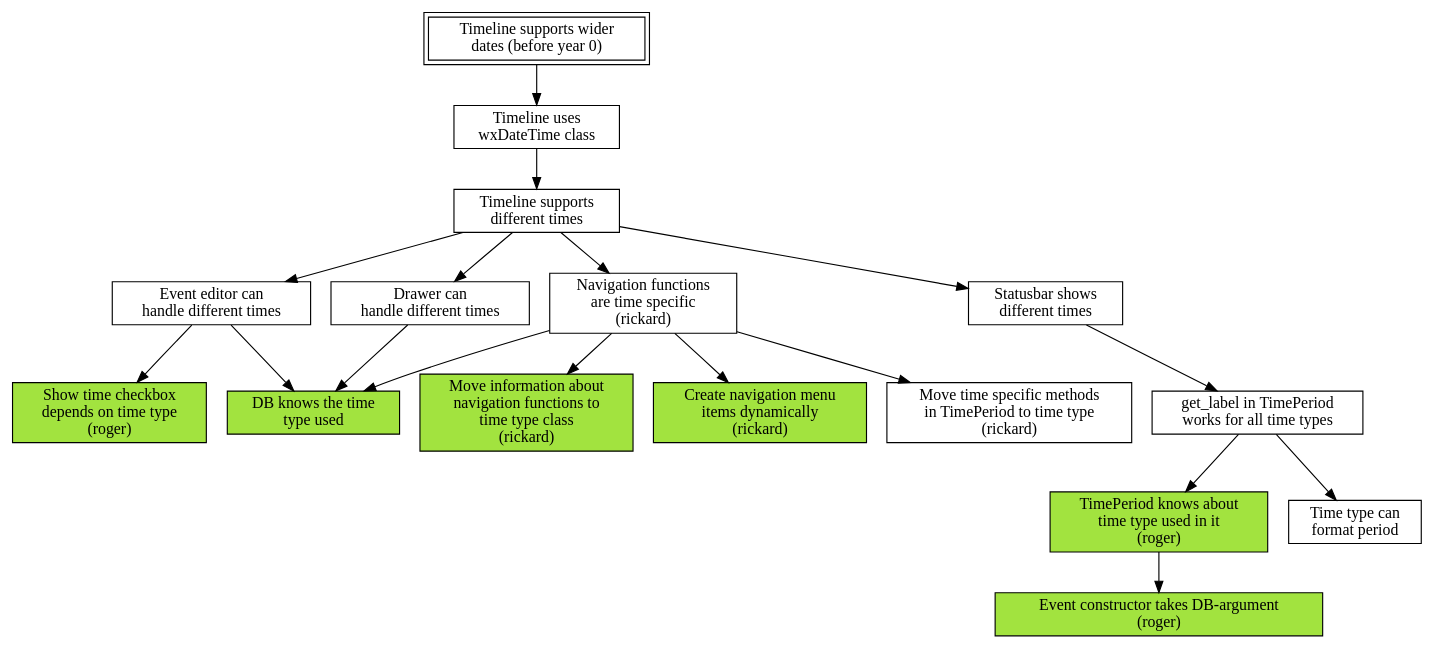
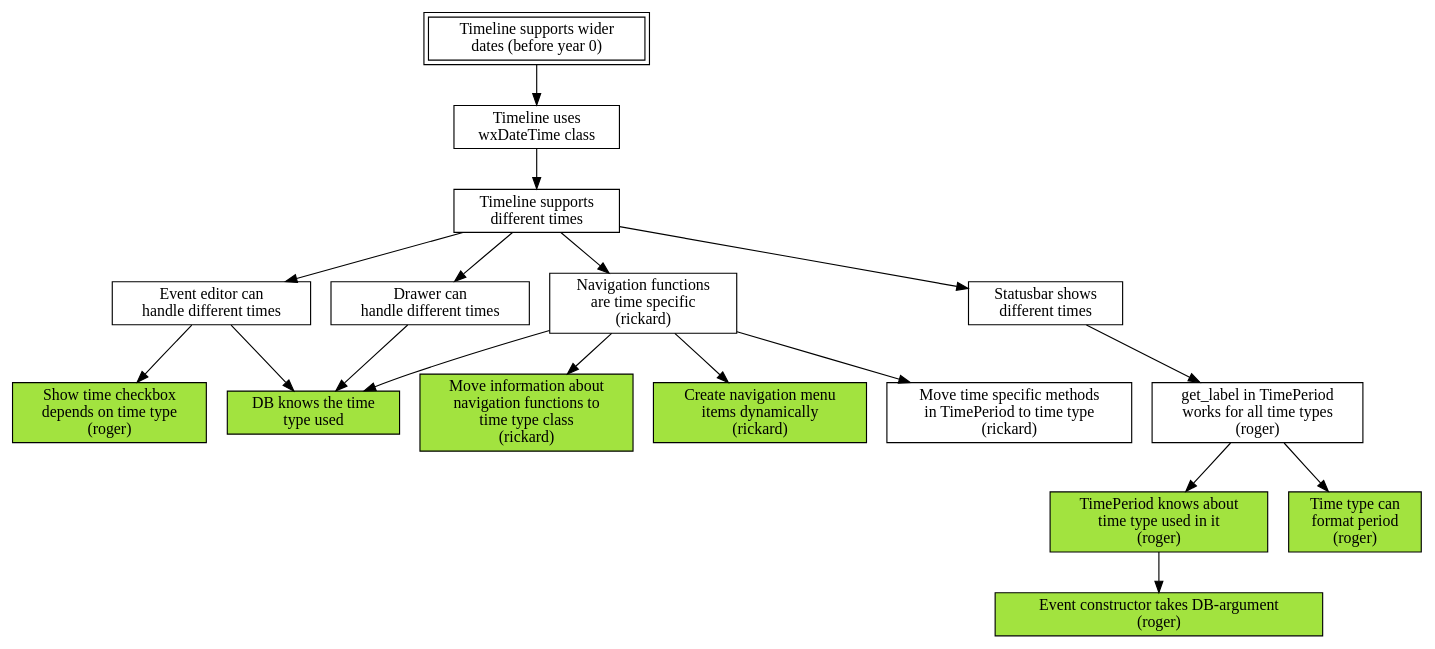
Before and after one commit to shutaozhenzhen/thetimelineproj: the diagram in mikado.dot, drawn with Graphviz.

Commit message:
Update mikado graph

```diff
--- a/mikado.dot
+++ b/mikado.dot
@@ -1,62 +1,63 @@
 digraph mikado
 {
     node [shape=box];
 
     wider_dates [label="Timeline supports wider\ndates (before year 0)"];
     wider_dates [peripheries=2];
         wider_dates -> switch_to_wx_time;
 
     switch_to_wx_time [label="Timeline uses\nwxDateTime class"];
         switch_to_wx_time -> different_time;
 
     different_time [label="Timeline supports\ndifferent times "];
         different_time -> event_editor;
         different_time -> drawer;
         different_time -> navigation;
         different_time -> status_bar;
 
     event_editor [label="Event editor can\nhandle different times"];
         event_editor -> show_time;
         event_editor -> db_has_type_info;
 
     drawer [label="Drawer can\nhandle different times"];
         drawer -> db_has_type_info;
 
     navigation [label="Navigation functions\nare time specific\n(rickard)"];
         navigation -> db_has_type_info;
         navigation -> move_nav_to_time_type;
         navigation -> create_menu_items_dynamically;
         navigation -> time_period;
 
     status_bar [label="Statusbar shows\ndifferent times"];
         status_bar -> get_label;
         get_label -> time_period_knows_type;
 
-    get_label [label="get_label in TimePeriod\nworks for all time types"];
+    get_label [label="get_label in TimePeriod\nworks for all time types\n(roger)"];
         get_label -> type_format;
 
     time_period_knows_type [label="TimePeriod knows about\ntime type used in it\n(roger)"];
     time_period_knows_type [style=filled,fillcolor="#A2E33F"];
 	time_period_knows_type -> event_constructor;
 
     // Leaves
 
     show_time [label="Show time checkbox\ndepends on time type\n(roger)"];
     show_time [style=filled,fillcolor="#A2E33F"];
 
     db_has_type_info [label="DB knows the time\ntype used"];
     db_has_type_info [style=filled,fillcolor="#A2E33F"];
 
     move_nav_to_time_type [label="Move information about\nnavigation functions to\ntime type class\n(rickard)"];
     move_nav_to_time_type [style=filled,fillcolor="#A2E33F"];
 
     create_menu_items_dynamically [label="Create navigation menu\nitems dynamically\n(rickard)"];
     create_menu_items_dynamically [style=filled,fillcolor="#A2E33F"];
 
     time_period [label="Move time specific methods\nin TimePeriod to time type\n(rickard)"];
 
-    type_format [label="Time type can\nformat period"];
+    type_format [label="Time type can\nformat period\n(roger)"];
+    type_format [style=filled,fillcolor="#A2E33F"];
     
     event_constructor [label="Event constructor takes DB-argument\n(roger)"];
     event_constructor [style=filled,fillcolor="#A2E33F"];
 }
```
